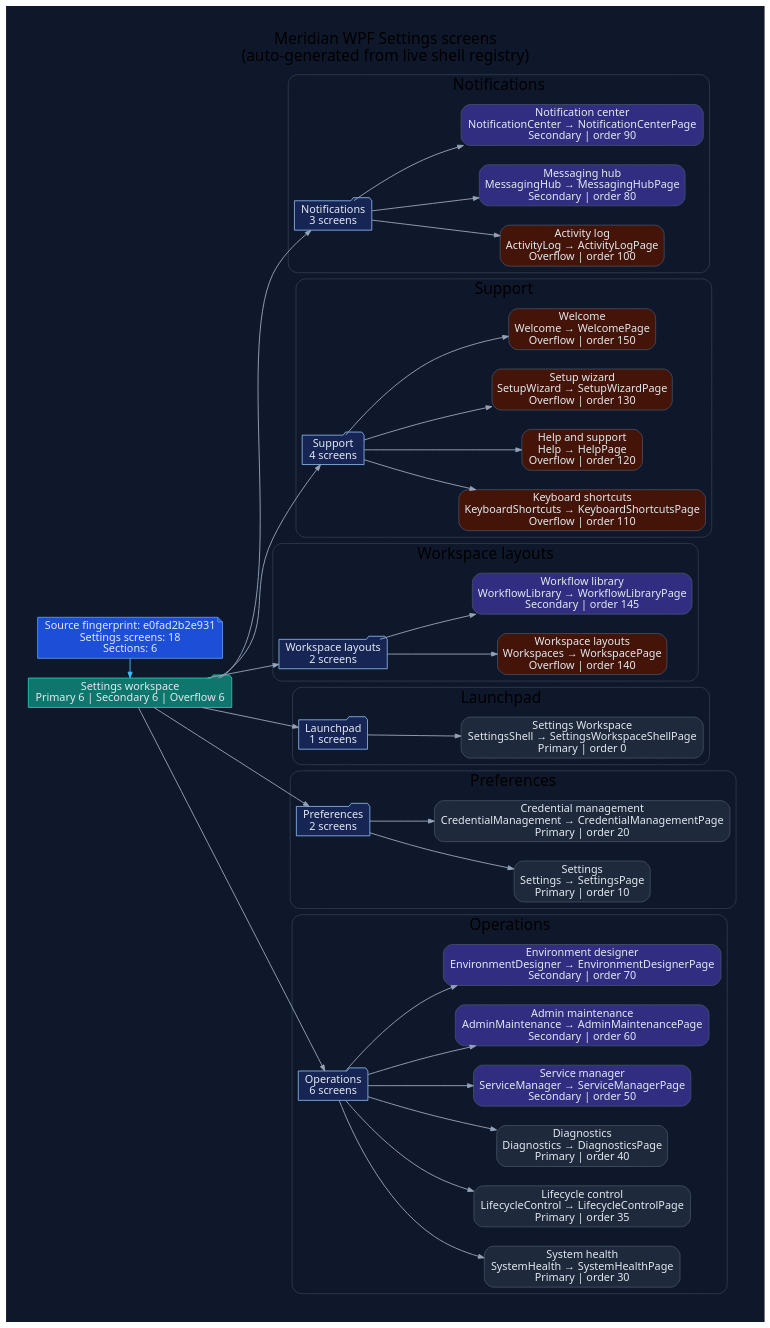
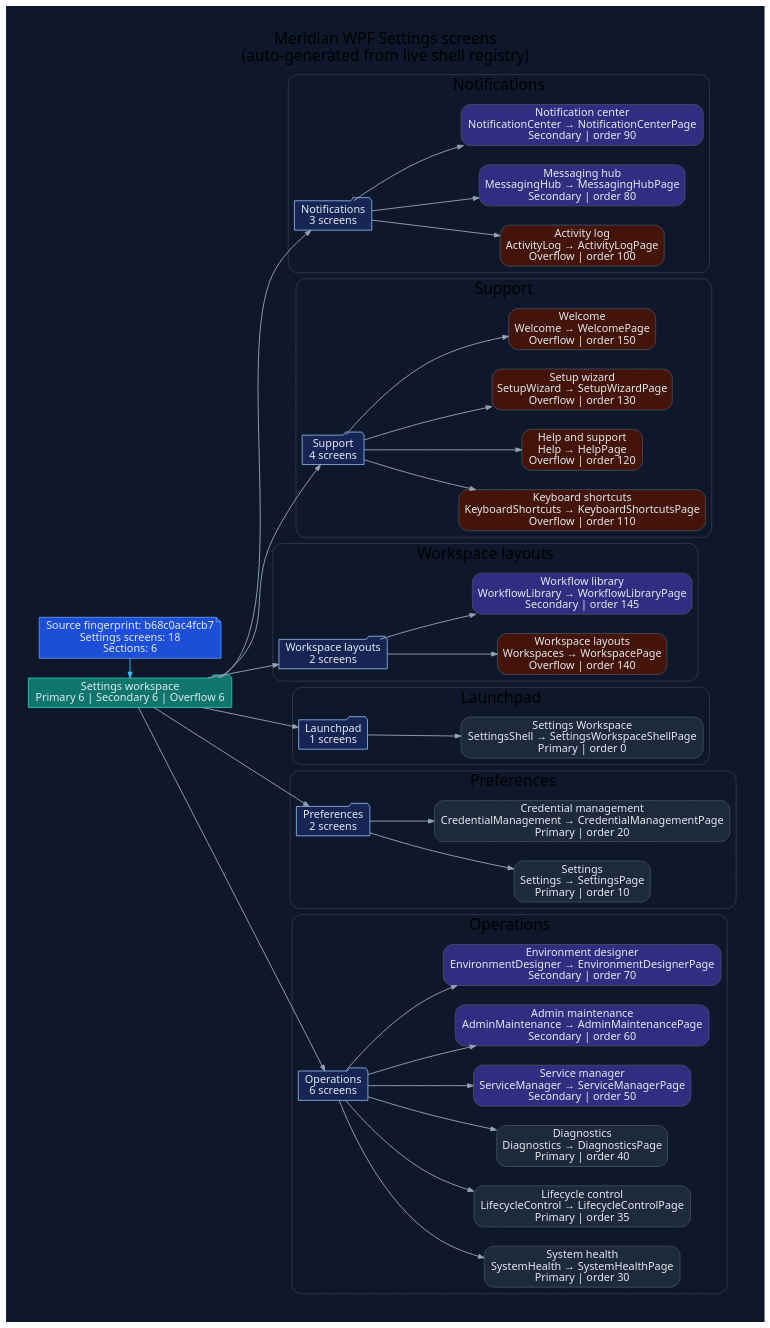
One commit to rodoHasArrived/Meridian-main changed the diagram in docs/diagrams/ui-wpf-screens-settings.dot. Above: the diagram before and after it, drawn with Graphviz. The commit also changed 26 other files, not shown here.

First line of the commit message:
docs(generated): regenerate UI diagrams and refresh reviewed hashes after merging main

```diff
--- a/docs/diagrams/ui-wpf-screens-settings.dot
+++ b/docs/diagrams/ui-wpf-screens-settings.dot
@@ -1,110 +1,110 @@
 // -----------------------------------------------------------------------------
 // <auto-generated>
 // Generated by scripts/generate-diagrams.mjs.
 // Do not edit this file directly; update the WPF source files instead.
 // -----------------------------------------------------------------------------
 digraph WpfSettingsScreens {
   graph [
     rankdir=LR,
     labelloc=t,
     label="Meridian WPF Settings screens\n(auto-generated from live shell registry)",
     fontname="Segoe UI",
     fontsize=20,
     pad=0.4,
     nodesep=0.35,
     ranksep=0.85,
     bgcolor="#0f172a"
   ];
   node [fontname="Segoe UI", shape=box, style="rounded,filled", color="#475569", fontcolor="#e2e8f0", fillcolor="#1e293b"];
   edge [fontname="Segoe UI", color="#94a3b8", penwidth=1.2, arrowsize=0.75];
 
-  generated [shape=note, fillcolor="#1d4ed8", color="#60a5fa", label="Source fingerprint: e0fad2b2e931\nSettings screens: 18\nSections: 6"];
+  generated [shape=note, fillcolor="#1d4ed8", color="#60a5fa", label="Source fingerprint: b68c0ac4fcb7\nSettings screens: 18\nSections: 6"];
   workspace [shape=folder, fillcolor="#0f766e", color="#2dd4bf", label="Settings workspace\nPrimary 6 | Secondary 6 | Overflow 6"];
   generated -> workspace [color="#38bdf8"];
 
   subgraph cluster_section_1 {
     label="Notifications";
     color="#334155";
     style="rounded";
     section_1 [shape=folder, fillcolor="#172554", color="#93c5fd", label="Notifications\n3 screens"];
     workspace -> section_1;
     screen_ActivityLog [fillcolor="#431407", label="Activity log\nActivityLog → ActivityLogPage\nOverflow | order 100"];
     section_1 -> screen_ActivityLog;
     screen_MessagingHub [fillcolor="#312e81", label="Messaging hub\nMessagingHub → MessagingHubPage\nSecondary | order 80"];
     section_1 -> screen_MessagingHub;
     screen_NotificationCenter [fillcolor="#312e81", label="Notification center\nNotificationCenter → NotificationCenterPage\nSecondary | order 90"];
     section_1 -> screen_NotificationCenter;
   }
 
   subgraph cluster_section_2 {
     label="Support";
     color="#334155";
     style="rounded";
     section_2 [shape=folder, fillcolor="#172554", color="#93c5fd", label="Support\n4 screens"];
     workspace -> section_2;
     screen_KeyboardShortcuts [fillcolor="#431407", label="Keyboard shortcuts\nKeyboardShortcuts → KeyboardShortcutsPage\nOverflow | order 110"];
     section_2 -> screen_KeyboardShortcuts;
     screen_Help [fillcolor="#431407", label="Help and support\nHelp → HelpPage\nOverflow | order 120"];
     section_2 -> screen_Help;
     screen_SetupWizard [fillcolor="#431407", label="Setup wizard\nSetupWizard → SetupWizardPage\nOverflow | order 130"];
     section_2 -> screen_SetupWizard;
     screen_Welcome [fillcolor="#431407", label="Welcome\nWelcome → WelcomePage\nOverflow | order 150"];
     section_2 -> screen_Welcome;
   }
 
   subgraph cluster_section_3 {
     label="Workspace layouts";
     color="#334155";
     style="rounded";
     section_3 [shape=folder, fillcolor="#172554", color="#93c5fd", label="Workspace layouts\n2 screens"];
     workspace -> section_3;
     screen_Workspaces [fillcolor="#431407", label="Workspace layouts\nWorkspaces → WorkspacePage\nOverflow | order 140"];
     section_3 -> screen_Workspaces;
     screen_WorkflowLibrary [fillcolor="#312e81", label="Workflow library\nWorkflowLibrary → WorkflowLibraryPage\nSecondary | order 145"];
     section_3 -> screen_WorkflowLibrary;
   }
 
   subgraph cluster_section_4 {
     label="Launchpad";
     color="#334155";
     style="rounded";
     section_4 [shape=folder, fillcolor="#172554", color="#93c5fd", label="Launchpad\n1 screens"];
     workspace -> section_4;
     screen_SettingsShell [fillcolor="#1e293b", label="Settings Workspace\nSettingsShell → SettingsWorkspaceShellPage\nPrimary | order 0"];
     section_4 -> screen_SettingsShell;
   }
 
   subgraph cluster_section_5 {
     label="Preferences";
     color="#334155";
     style="rounded";
     section_5 [shape=folder, fillcolor="#172554", color="#93c5fd", label="Preferences\n2 screens"];
     workspace -> section_5;
     screen_Settings [fillcolor="#1e293b", label="Settings\nSettings → SettingsPage\nPrimary | order 10"];
     section_5 -> screen_Settings;
     screen_CredentialManagement [fillcolor="#1e293b", label="Credential management\nCredentialManagement → CredentialManagementPage\nPrimary | order 20"];
     section_5 -> screen_CredentialManagement;
   }
 
   subgraph cluster_section_6 {
     label="Operations";
     color="#334155";
     style="rounded";
     section_6 [shape=folder, fillcolor="#172554", color="#93c5fd", label="Operations\n6 screens"];
     workspace -> section_6;
     screen_SystemHealth [fillcolor="#1e293b", label="System health\nSystemHealth → SystemHealthPage\nPrimary | order 30"];
     section_6 -> screen_SystemHealth;
     screen_LifecycleControl [fillcolor="#1e293b", label="Lifecycle control\nLifecycleControl → LifecycleControlPage\nPrimary | order 35"];
     section_6 -> screen_LifecycleControl;
     screen_Diagnostics [fillcolor="#1e293b", label="Diagnostics\nDiagnostics → DiagnosticsPage\nPrimary | order 40"];
     section_6 -> screen_Diagnostics;
     screen_ServiceManager [fillcolor="#312e81", label="Service manager\nServiceManager → ServiceManagerPage\nSecondary | order 50"];
     section_6 -> screen_ServiceManager;
     screen_AdminMaintenance [fillcolor="#312e81", label="Admin maintenance\nAdminMaintenance → AdminMaintenancePage\nSecondary | order 60"];
     section_6 -> screen_AdminMaintenance;
     screen_EnvironmentDesigner [fillcolor="#312e81", label="Environment designer\nEnvironmentDesigner → EnvironmentDesignerPage\nSecondary | order 70"];
     section_6 -> screen_EnvironmentDesigner;
   }
 
   { rank=min; generated; workspace; }
 }
```
